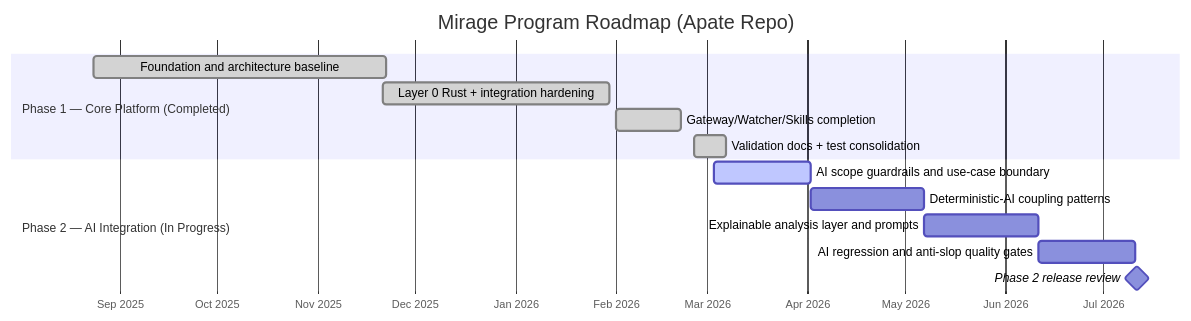
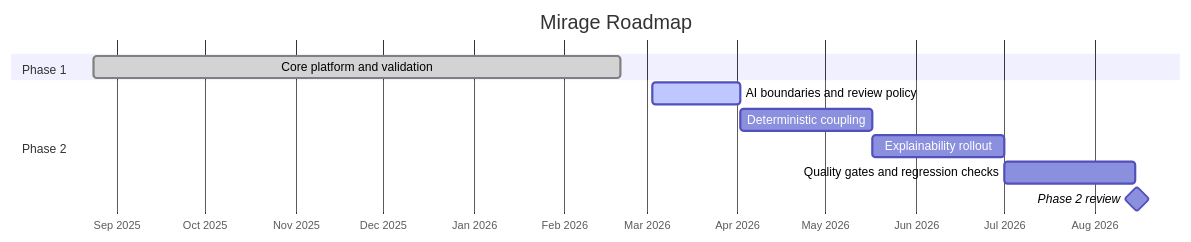
Before and after one commit to Rizzy1857/Apate: the diagram in docs/ROADMAP.md, drawn with Mermaid. The commit also changed other lines of this file and 9 other files, not shown here.

````diff
--- a/docs/ROADMAP.md
+++ b/docs/ROADMAP.md
@@ -56,19 +61,16 @@
 ```mermaid
 gantt
-    title Mirage Program Roadmap (Apate Repo)
+    title Mirage Roadmap
     dateFormat  YYYY-MM-DD
     axisFormat  %b %Y
 
-    section Phase 1 — Core Platform (Completed)
-    Foundation and architecture baseline          :done, p1a, 2025-08-24, 90d
-    Layer 0 Rust + integration hardening          :done, p1b, 2025-11-21, 70d
-    Gateway/Watcher/Skills completion             :done, p1c, 2026-02-01, 20d
-    Validation docs + test consolidation           :done, p1d, 2026-02-25, 10d
+    section Phase 1
+    Core platform and validation         :done, p1, 2025-08-24, 180d
 
-    section Phase 2 — AI Integration (In Progress)
-    AI scope guardrails and use-case boundary      :active, p2a, 2026-03-03, 30d
-    Deterministic-AI coupling patterns             :p2b, after p2a, 35d
-    Explainable analysis layer and prompts         :p2c, after p2b, 35d
-    AI regression and anti-slop quality gates      :p2d, after p2c, 30d
-    Phase 2 release review                         :milestone, p2e, after p2d, 1d
+    section Phase 2
+    AI boundaries and review policy      :active, p2a, 2026-03-03, 30d
+    Deterministic coupling                :p2b, after p2a, 45d
+    Explainability rollout                :p2c, after p2b, 45d
+    Quality gates and regression checks   :p2d, after p2c, 45d
+    Phase 2 review                        :milestone, p2e, after p2d, 1d
 ```
````
